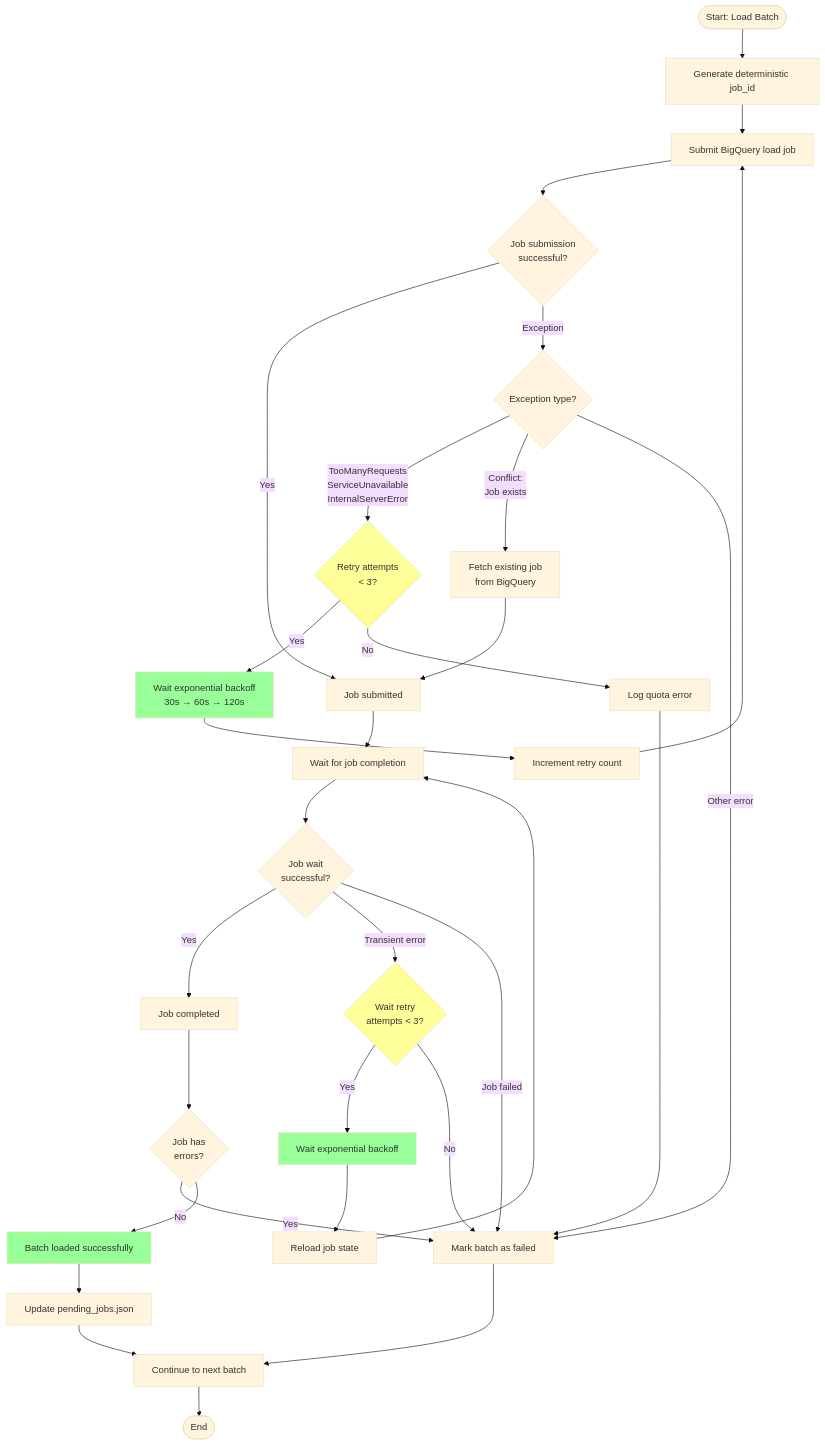
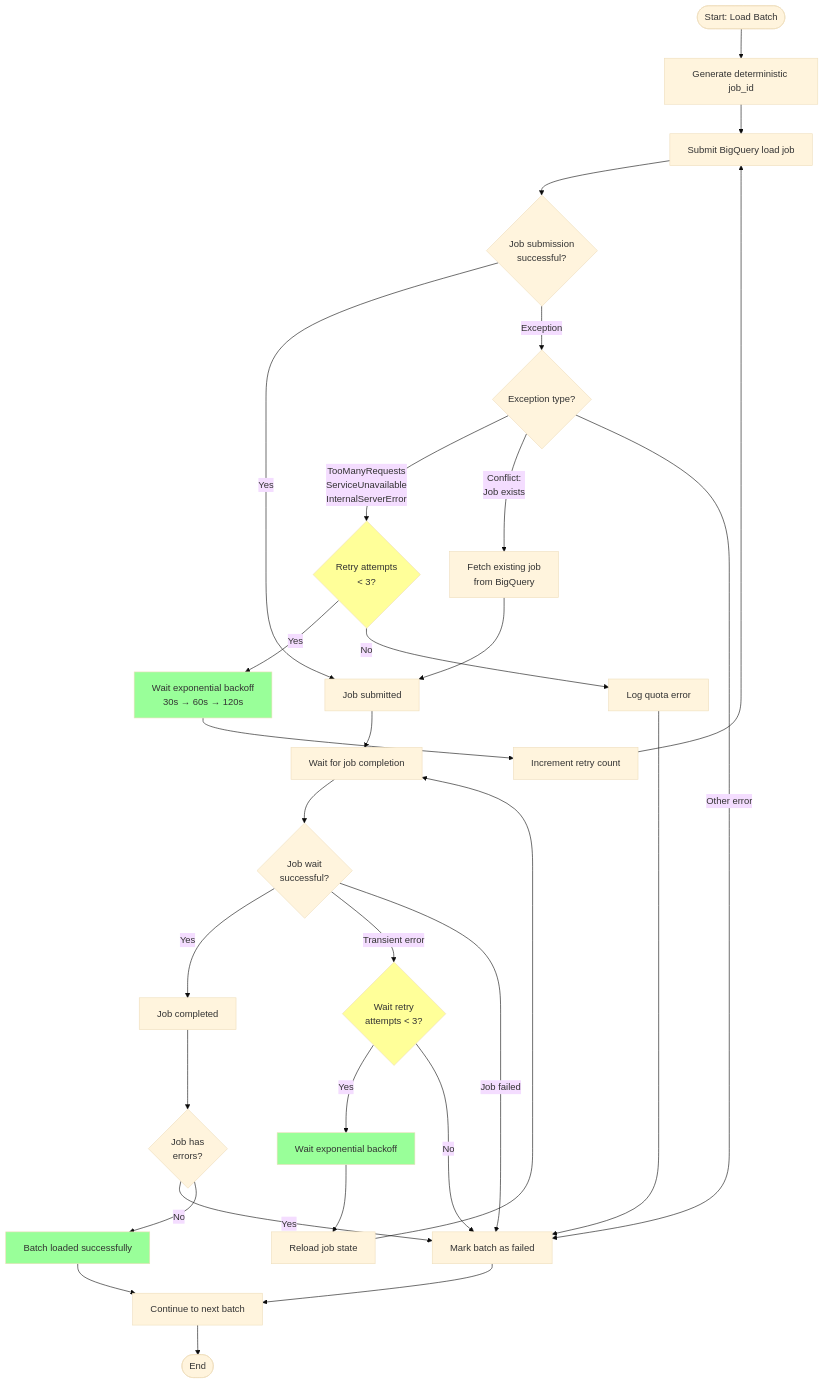
The fourth of 5 diagrams in scripts/variantstore/docs/parquet/parquet_loading_fault_tolerance_uml.md (broadinstitute/gatk), drawn with Mermaid (base theme) before and after one commit. The commit also changed other lines of this file and 6 other files, not shown here.

Commit message:
Remove the illusion of stateful pending jobs [VS-1839]

````diff
--- a/scripts/variantstore/docs/parquet/parquet_loading_fault_tolerance_uml.md
+++ b/scripts/variantstore/docs/parquet/parquet_loading_fault_tolerance_uml.md
@@ -190,52 +187,51 @@
 ```mermaid
 flowchart TD
     Start([Start: Load Batch]) --> GenID[Generate deterministic job_id]
     GenID --> Submit[Submit BigQuery load job]
     
     Submit --> CheckSubmit{Job submission<br/>successful?}
     
     CheckSubmit -->|Yes| Submitted[Job submitted]
     CheckSubmit -->|Exception| CheckError{Exception type?}
     
     CheckError -->|TooManyRequests<br/>ServiceUnavailable<br/>InternalServerError| CheckRetry{Retry attempts<br/>< 3?}
     CheckError -->|Conflict:<br/>Job exists| FetchJob[Fetch existing job<br/>from BigQuery]
     CheckError -->|Other error| MarkFailed[Mark batch as failed]
     
     CheckRetry -->|Yes| Wait[Wait exponential backoff<br/>30s → 60s → 120s]
     CheckRetry -->|No| LogQuota[Log quota error]
     LogQuota --> MarkFailed
     
     Wait --> IncRetry[Increment retry count]
     IncRetry --> Submit
     
     FetchJob --> Submitted
     Submitted --> WaitComplete[Wait for job completion]
     
     WaitComplete --> CheckWait{Job wait<br/>successful?}
     
     CheckWait -->|Yes| JobDone[Job completed]
     CheckWait -->|Transient error| CheckWaitRetry{Wait retry<br/>attempts < 3?}
     CheckWait -->|Job failed| MarkFailed
     
     CheckWaitRetry -->|Yes| WaitRetry[Wait exponential backoff]
     CheckWaitRetry -->|No| MarkFailed
     
     WaitRetry --> Reload[Reload job state]
     Reload --> WaitComplete
     
     JobDone --> CheckErrors{Job has<br/>errors?}
     CheckErrors -->|Yes| MarkFailed
     CheckErrors -->|No| BatchSuccess[Batch loaded successfully]
     
-    BatchSuccess --> UpdatePending[Update pending_jobs.json]
-    UpdatePending --> NextBatch[Continue to next batch]
+    BatchSuccess --> NextBatch[Continue to next batch]
     MarkFailed --> NextBatch
     
     NextBatch --> End([End])
     
     style CheckRetry fill:#ff9
     style CheckWaitRetry fill:#ff9
     style Wait fill:#9f9
     style WaitRetry fill:#9f9
     style BatchSuccess fill:#9f9
 ```
````
